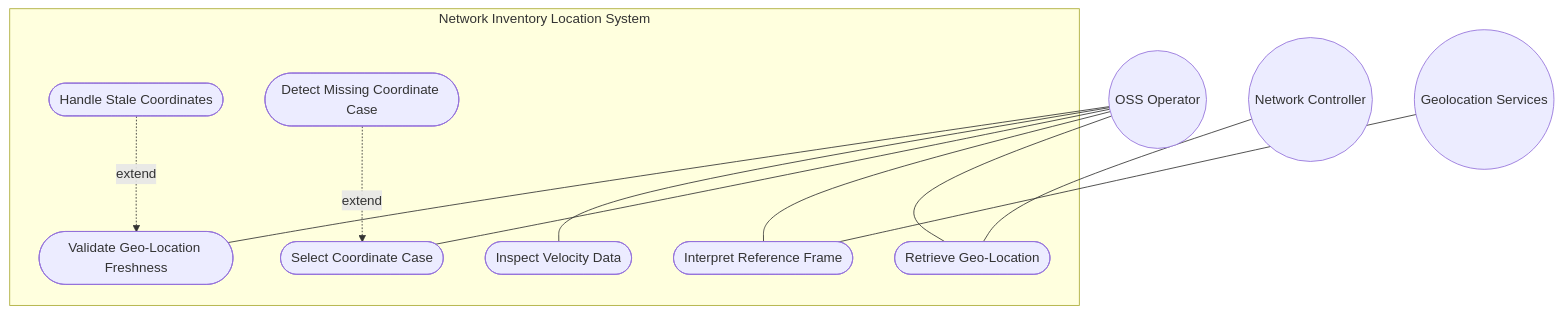
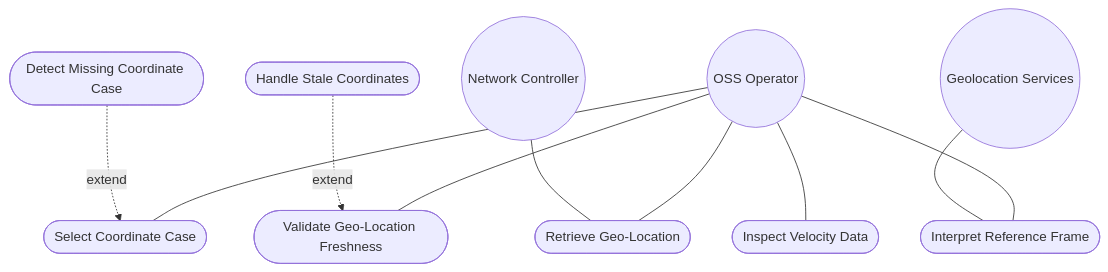
One commit to gintatkinson/3dgs-030 changed the first of 2 diagrams in docs/use-cases/uc-04-geo-location-container.md. Above: the diagram before and after it, drawn with Mermaid. The commit also changed 20 other files, not shown here.

First line of the commit message:
fix: repair Mermaid rendering across all 18 use cases and 5 topology features

````diff
--- a/docs/use-cases/uc-04-geo-location-container.md
+++ b/docs/use-cases/uc-04-geo-location-container.md
@@ -128,21 +128,19 @@
 ```mermaid
 graph TD
-    subgraph "Network Inventory Location System"
         UC1([Retrieve Geo-Location])
         UC2([Interpret Reference Frame])
         UC3([Select Coordinate Case])
         UC4([Inspect Velocity Data])
         UC5([Validate Geo-Location Freshness])
         UC6([Handle Stale Coordinates])
         UC7([Detect Missing Coordinate Case])
-    end
     OSS((OSS Operator)) --- UC1
     OSS --- UC2
     OSS --- UC3
     OSS --- UC4
     OSS --- UC5
     UC6 -. "extend" .-> UC5
     UC7 -. "extend" .-> UC3
     NC((Network Controller)) --- UC1
     GS((Geolocation Services)) --- UC2
 ```
````
